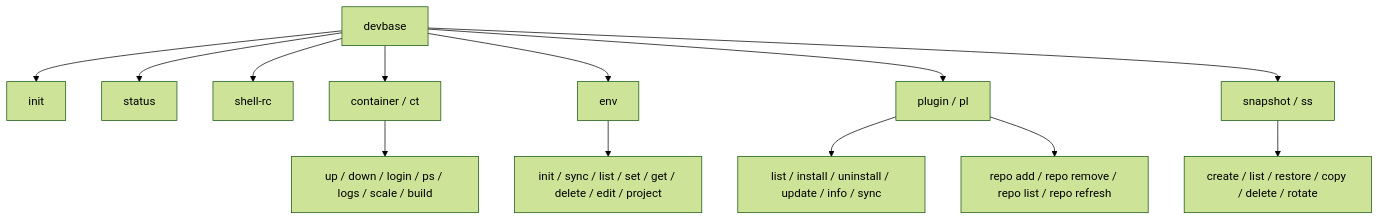
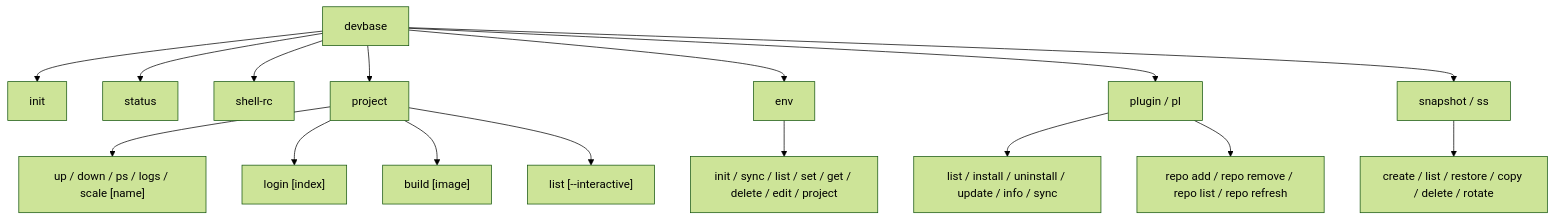
The diagram in docs/user/cli-reference.md (devbasex/devbase), drawn with Mermaid (forest theme) before and after one commit. The commit also changed other lines of this file and 17 other files, not shown here.

````diff
--- a/docs/user/cli-reference.md
+++ b/docs/user/cli-reference.md
@@ -9,15 +9,18 @@
 ```mermaid
 graph TD
     A[devbase] --> B[init]
     A --> C[status]
     A --> H[shell-rc]
-    A --> D[container / ct]
+    A --> D[project]
     A --> E[env]
     A --> F[plugin / pl]
     A --> G[snapshot / ss]
-    D --> D1[up / down / login / ps / logs / scale / build]
+    D --> D1["up / down / ps / logs / scale [name]"]
+    D --> D3["login [index]"]
+    D --> D4["build [image]"]
+    D --> D2["list [--interactive]"]
     E --> E1[init / sync / list / set / get / delete / edit / project]
     F --> F1[list / install / uninstall / update / info / sync]
     F --> F2[repo add / repo remove / repo list / repo refresh]
     G --> G1[create / list / restore / copy / delete / rotate]
 ```
````
